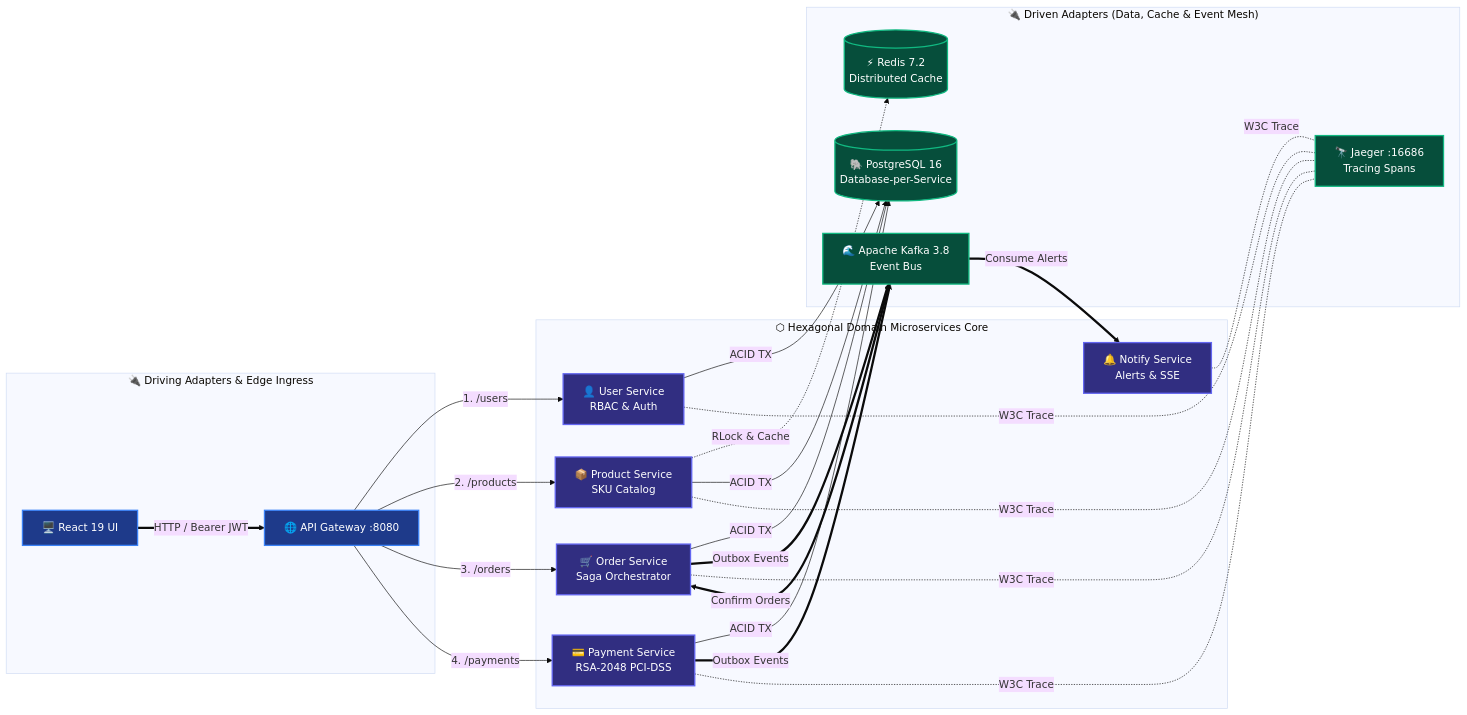
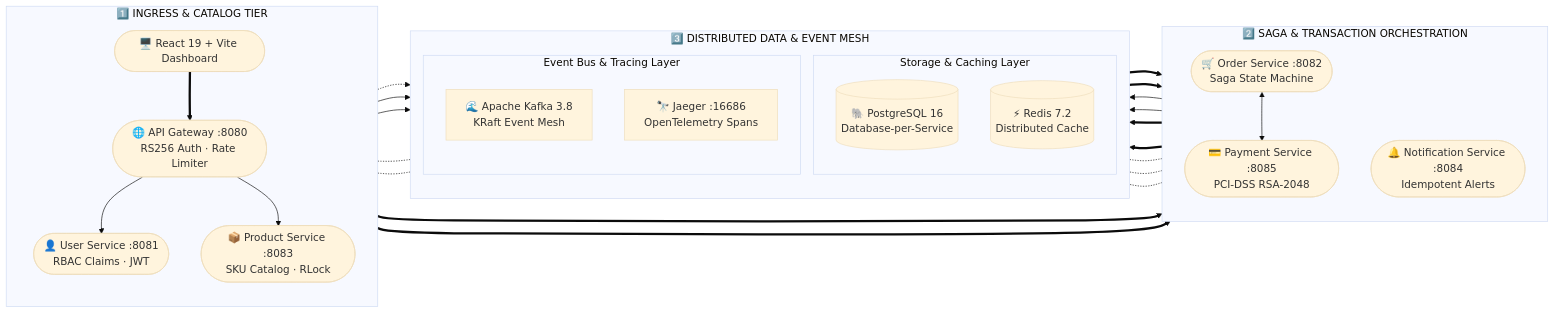
One commit to Aaseya120/Java_21_ReactJs_FullStack changed the first of 4 diagrams in README.md. Above: the diagram before and after it, drawn with Mermaid (base theme). The commit also changed other lines of this file, not shown here.

````diff
--- a/README.md
+++ b/README.md
@@ -74,48 +74,55 @@
 ```mermaid
-graph LR
-    %% Driving Adapters (Left / Ingress)
-    subgraph Driving ["🔌 Driving Adapters & Edge Ingress"]
-        UI["🖥️ React 19 UI"]
-        GW["🌐 API Gateway :8080"]
+flowchart LR
+    %% ==========================================
+    %% LEFT COLUMN: INGRESS & CATALOG PROCESSES
+    %% ==========================================
+    subgraph INGRESS ["1️⃣ INGRESS & CATALOG TIER"]
+        direction TB
+        UI(["🖥️ React 19 + Vite Dashboard"])
+        GW(["🌐 API Gateway :8080<br/>RS256 Auth · Rate Limiter"])
+        US(["👤 User Service :8081<br/>RBAC Claims · JWT"])
+        PS(["📦 Product Service :8083<br/>SKU Catalog · RLock"])
+
+        UI ==> GW
+        GW --> US
+        GW --> PS
     end
 
-    %% Hexagonal Domain Core (Center)
-    subgraph Core ["⬡ Hexagonal Domain Microservices Core"]
-        US["👤 User Service<br/>RBAC & Auth"]
-        PS["📦 Product Service<br/>SKU Catalog"]
-        OS["🛒 Order Service<br/>Saga Orchestrator"]
-        PAYS["💳 Payment Service<br/>RSA-2048 PCI-DSS"]
-        NS["🔔 Notify Service<br/>Alerts & SSE"]
+    %% ==========================================
+    %% MIDDLE COLUMN: SAGA & PAYMENT PROCESSES
+    %% ==========================================
+    subgraph ORCHESTRATION ["2️⃣ SAGA & TRANSACTION ORCHESTRATION"]
+        direction TB
+        OS(["🛒 Order Service :8082<br/>Saga State Machine"])
+        PAYS(["💳 Payment Service :8085<br/>PCI-DSS RSA-2048"])
+        NS(["🔔 Notification Service :8084<br/>Idempotent Alerts"])
+
+        GW ==> OS
+        GW ==> PAYS
+        OS <--> PAYS
     end
 
-    %% Driven Adapters (Right / Egress)
-    subgraph Driven ["🔌 Driven Adapters (Data, Cache & Event Mesh)"]
-        RD[("⚡ Redis 7.2<br/>Distributed Cache")]
-        PG[("🐘 PostgreSQL 16<br/>Database-per-Service")]
-        KF["🌊 Apache Kafka 3.8<br/>Event Bus"]
-        JG["🔭 Jaeger :16686<br/>Tracing Spans"]
+    %% ==========================================
+    %% RIGHT COLUMN: DISTRIBUTED DATA & MESH
+    %% ==========================================
+    subgraph MESH ["3️⃣ DISTRIBUTED DATA & EVENT MESH"]
+        direction TB
+        subgraph DB_CACHE ["Storage & Caching Layer"]
+            PG[("🐘 PostgreSQL 16<br/>Database-per-Service")]
+            RD[("⚡ Redis 7.2<br/>Distributed Cache")]
+        end
+
+        subgraph ASYNC_MESH ["Event Bus & Tracing Layer"]
+            KF["🌊 Apache Kafka 3.8<br/>KRaft Event Mesh"]
+            JG["🔭 Jaeger :16686<br/>OpenTelemetry Spans"]
+        end
     end
 
-    %% Flow: Driving -> Core
-    UI ==>|"HTTP / Bearer JWT"| GW
-    GW -->|"1. /users"| US
-    GW -->|"2. /products"| PS
-    GW -->|"3. /orders"| OS
-    GW -->|"4. /payments"| PAYS
-
-    %% Flow: Core -> Driven
-    PS -.->|"RLock & Cache"| RD
-    US & PS & OS & PAYS -->|"ACID TX"| PG
-    OS & PAYS ==>|"Outbox Events"| KF
-    KF ==>|"Consume Alerts"| NS
-    KF ==>|"Confirm Orders"| OS
-    US & PS & OS & PAYS & NS -.-|"W3C Trace"| JG
-
-    %% Styling for High-Contrast Hexagonal Visibility
-    classDef driving fill:#1e3a8a,stroke:#3b82f6,stroke-width:2px,color:#ffffff;
-    classDef core fill:#312e81,stroke:#6366f1,stroke-width:2px,color:#ffffff;
-    classDef driven fill:#064e3b,stroke:#10b981,stroke-width:2px,color:#ffffff;
-    class UI,GW driving;
-    class US,PS,OS,PAYS,NS core;
-    class RD,PG,KF,JG driven;
+    %% --- CROSS-COLUMN CONNECTORS ---
+    PS -.-> RD
+    US & PS & OS & PAYS --> PG
+    OS & PAYS ==> KF
+    KF ==> NS
+    KF ==> OS
+    US & PS & OS & PAYS & NS -.- JG
 ```
````
